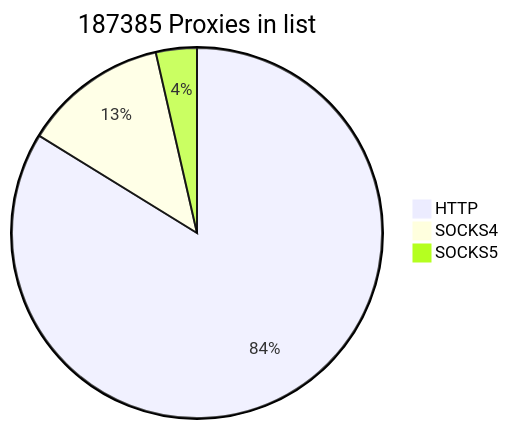
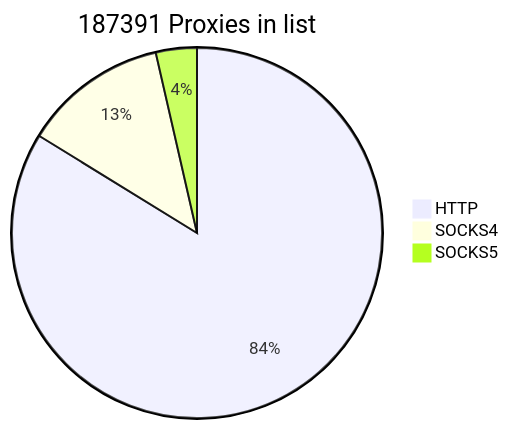
Before and after one commit to cutipu/proxylist: the first of 2 diagrams in README.md, drawn with Mermaid. The commit also changed other lines of this file, not shown here.

````diff
--- a/README.md
+++ b/README.md
@@ -2,7 +2,7 @@
 ```mermaid
-pie title 187385 Proxies in list
-    "HTTP" : 157004
-    "SOCKS4" : 23682
-    "SOCKS5" : 6699
+pie title 187391 Proxies in list
+    "HTTP" : 157003
+    "SOCKS4" : 23683
+    "SOCKS5" : 6705
             
 ```
````
